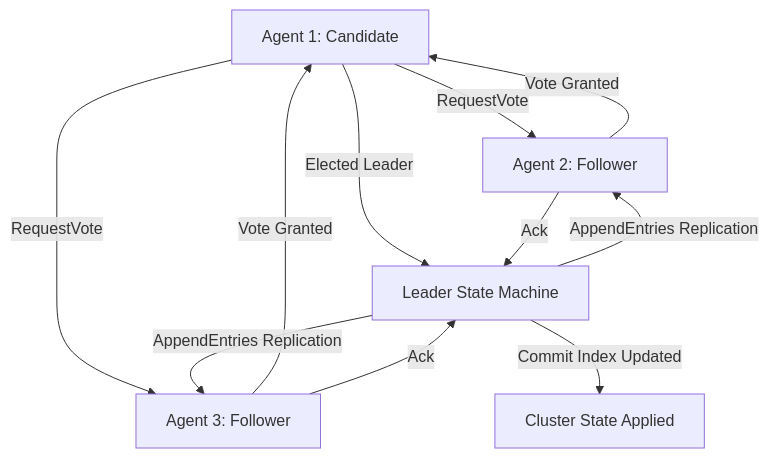
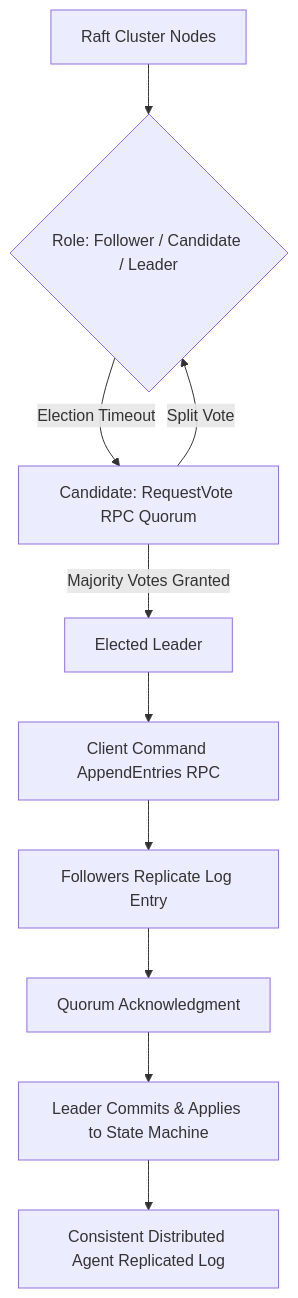
The diagram in README.md (alphaparkinc/genpark-raft-distributed-consensus-state-machine-skill), drawn with Mermaid before and after one commit. The commit also changed other lines of this file, not shown here.

````diff
--- a/README.md
+++ b/README.md
@@ -7,13 +15,12 @@
 ```mermaid
-flowchart TD
-    A[Agent 1: Candidate] -->|RequestVote| B[Agent 2: Follower]
-    A -->|RequestVote| C[Agent 3: Follower]
-    B -->|Vote Granted| A
-    C -->|Vote Granted| A
-    A -->|Elected Leader| D[Leader State Machine]
-    D -->|AppendEntries Replication| B
-    D -->|AppendEntries Replication| C
-    B -->|Ack| D
-    C -->|Ack| D
-    D -->|Commit Index Updated| E[Cluster State Applied]
+graph TD
+    A[Raft Cluster Nodes] --> B{Role: Follower / Candidate / Leader}
+    B -->|Election Timeout| C[Candidate: RequestVote RPC Quorum]
+    C -->|Majority Votes Granted| D[Elected Leader]
+    C -->|Split Vote| B
+    D --> E[Client Command AppendEntries RPC]
+    E --> F[Followers Replicate Log Entry]
+    F --> G[Quorum Acknowledgment]
+    G --> H[Leader Commits & Applies to State Machine]
+    H --> I[Consistent Distributed Agent Replicated Log]
 ```
````
